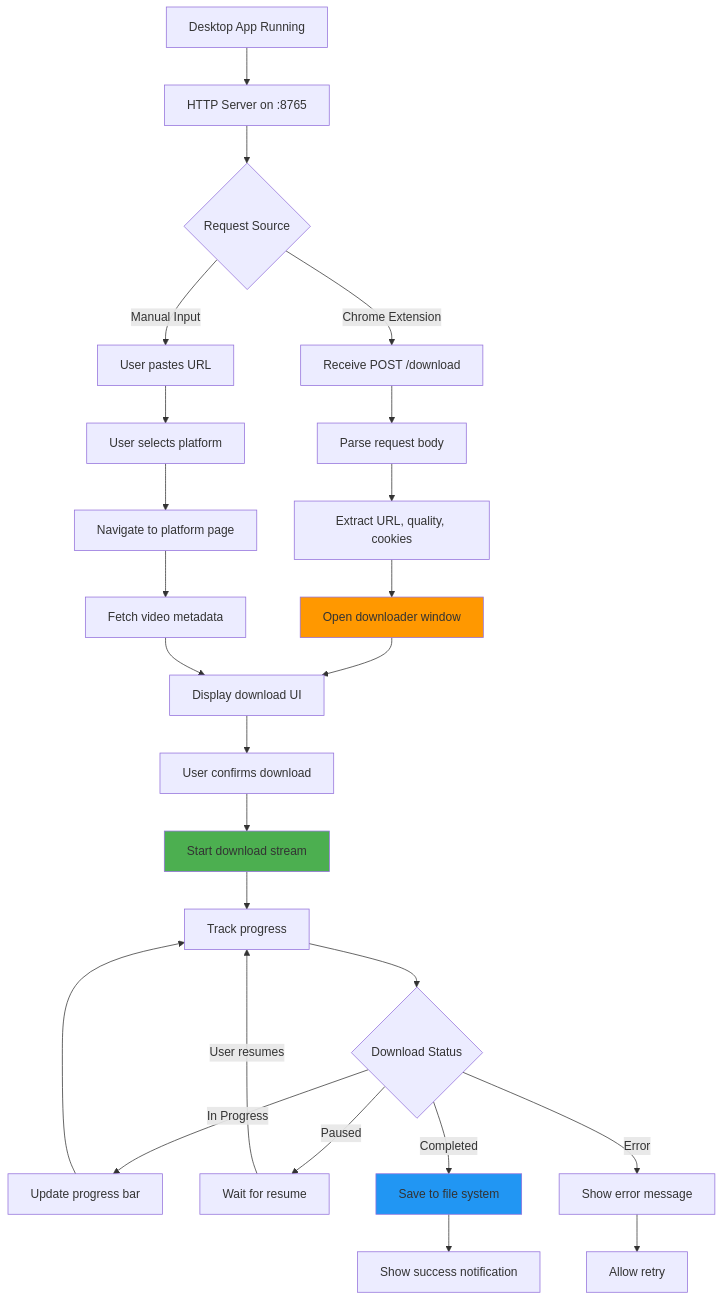
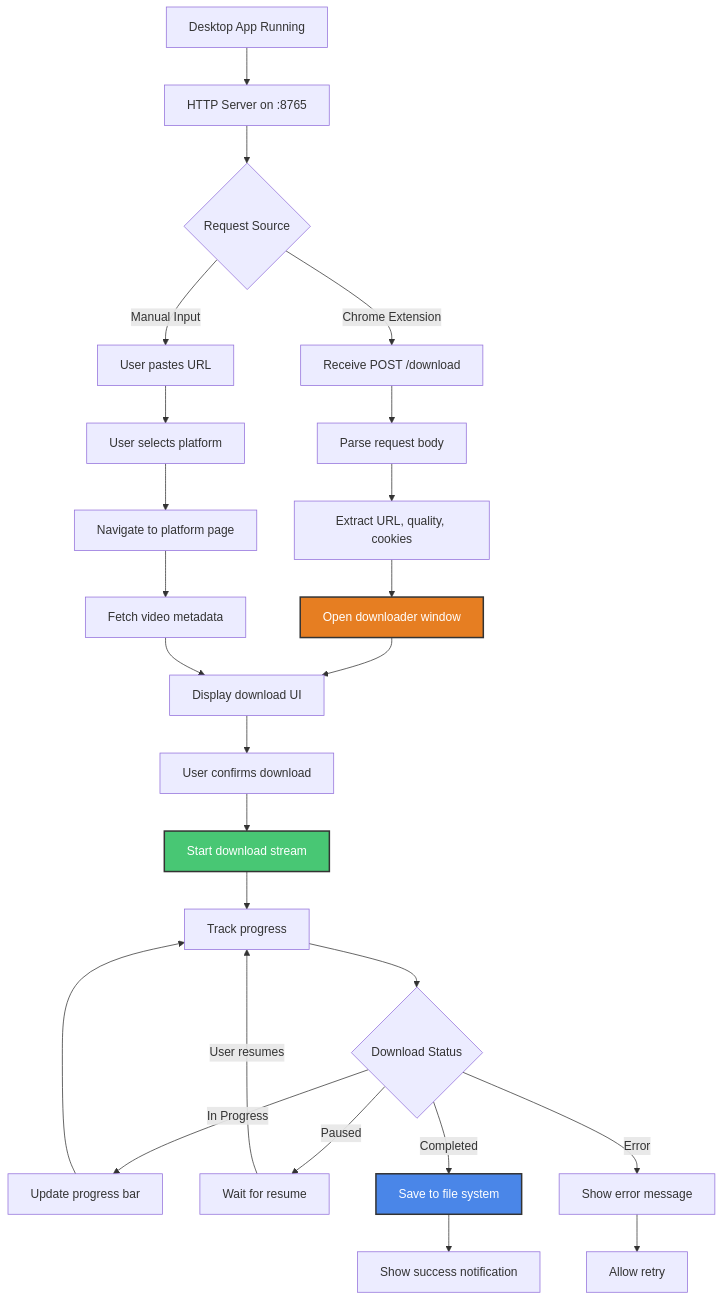
The ninth of 14 diagrams in README.md (lwshakib/flux-video-downloader), drawn with Mermaid before and after one commit. The commit also changed other lines of this file, not shown here.

First line of the commit message:
style: update README diagrams with improved color schemes and stroke properties

````diff
--- a/README.md
+++ b/README.md
@@ -595,41 +595,41 @@
 ```mermaid
 flowchart TD
     A[Desktop App Running] --> B[HTTP Server on :8765]
     B --> C{Request Source}
 
     C -->|Chrome Extension| D[Receive POST /download]
     C -->|Manual Input| E[User pastes URL]
 
     D --> F[Parse request body]
     E --> G[User selects platform]
 
     F --> H[Extract URL, quality, cookies]
     G --> I[Navigate to platform page]
 
     H --> J[Open downloader window]
     I --> K[Fetch video metadata]
 
     J --> L[Display download UI]
     K --> L
 
     L --> M[User confirms download]
     M --> N[Start download stream]
 
     N --> O[Track progress]
     O --> P{Download Status}
 
     P -->|In Progress| Q[Update progress bar]
     P -->|Paused| R[Wait for resume]
     P -->|Completed| S[Save to file system]
     P -->|Error| T[Show error message]
 
     Q --> O
     R -->|User resumes| O
 
     S --> U[Show success notification]
     T --> V[Allow retry]
 
-    style J fill:#FF9800
-    style N fill:#4CAF50
-    style S fill:#2196F3
+    style J fill:#E67E22,stroke:#333,stroke-width:2px,color:#fff
+    style N fill:#48C774,stroke:#333,stroke-width:2px,color:#fff
+    style S fill:#4A86E8,stroke:#333,stroke-width:2px,color:#fff
 ```
````
